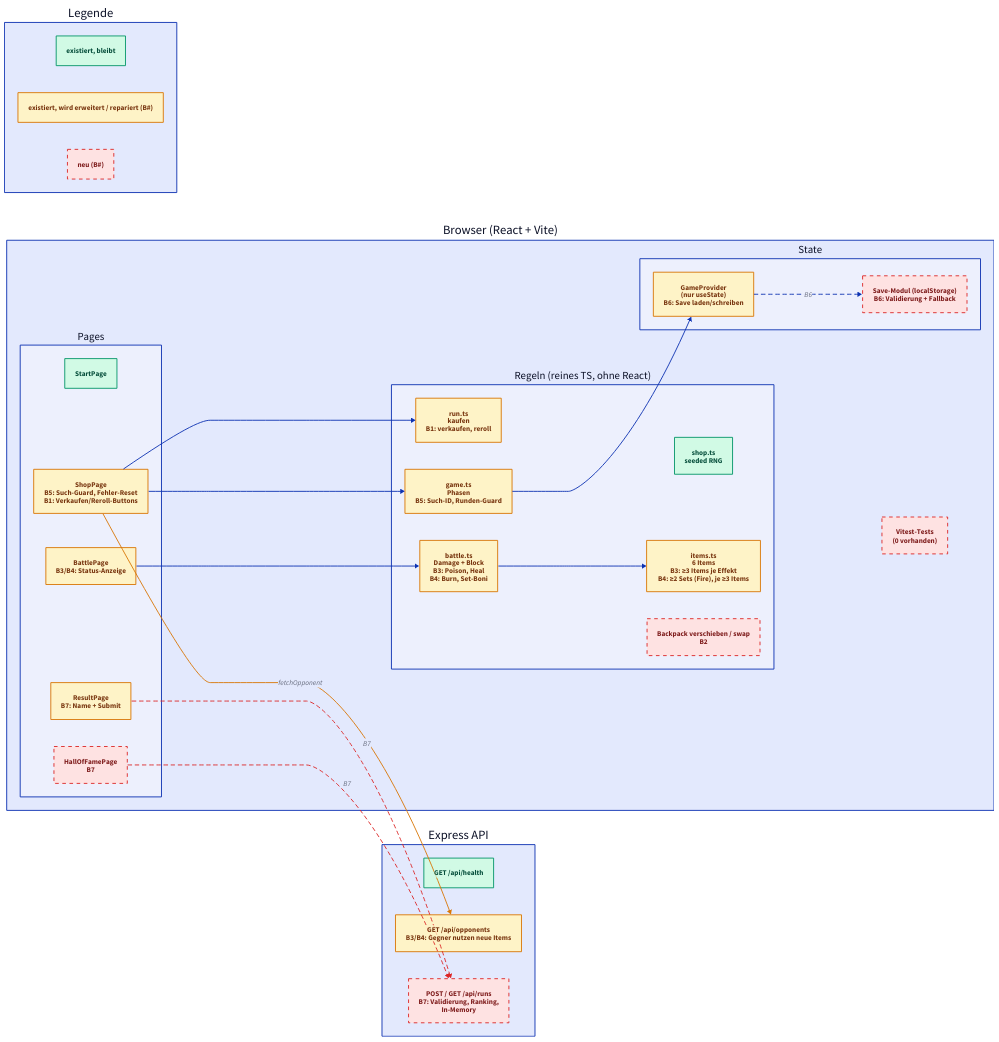
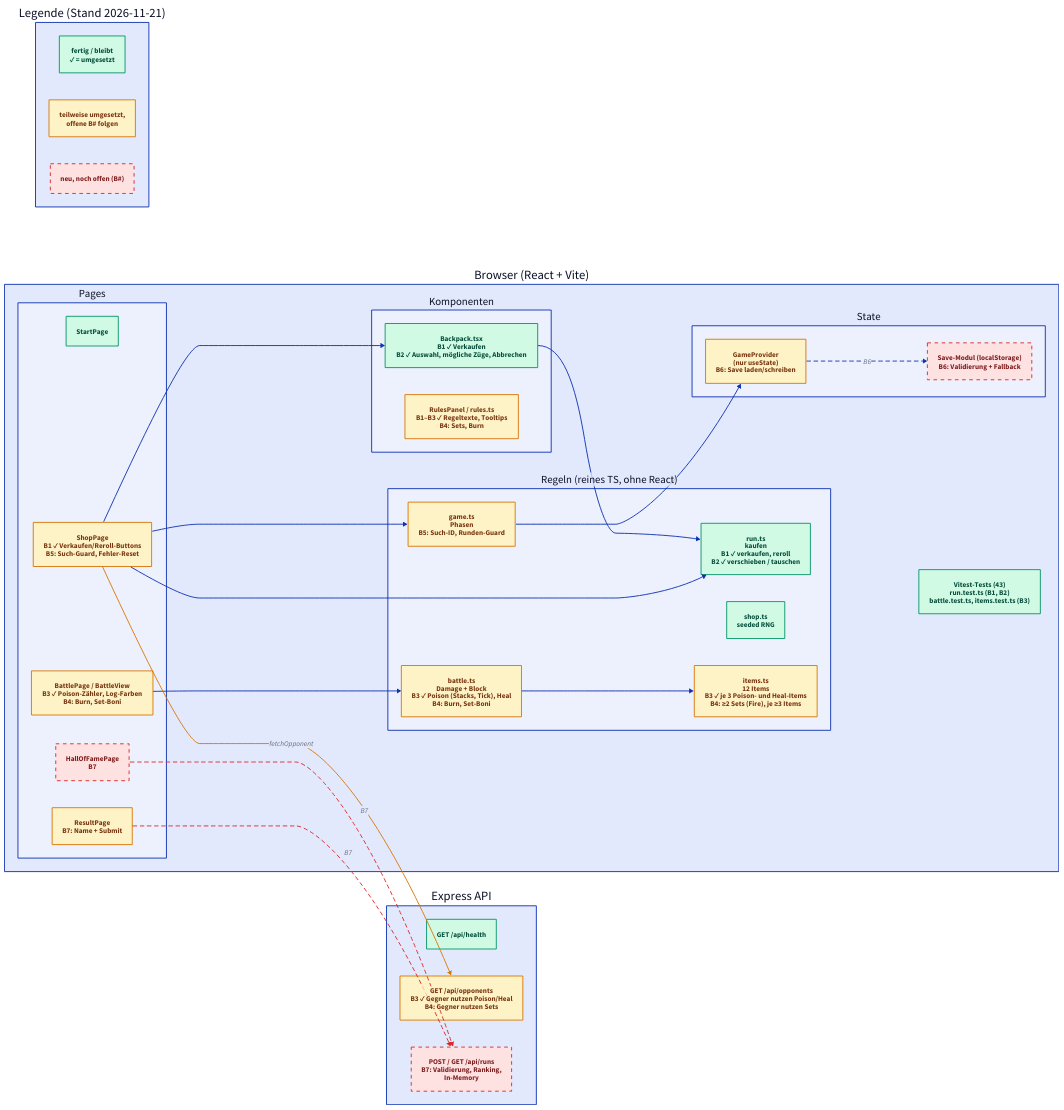
Before and after one commit to Roman0-5/backpack-brawl-MaRo: the diagram in docs/diagrams/status.d2, drawn with D2. The commit also changed 3 other files, not shown here.

Commit message:
docs: Diagramme auf Stand nach B3 aktualisiert

```diff
--- a/docs/diagrams/status.d2
+++ b/docs/diagrams/status.d2
@@ -1,52 +1,57 @@
 direction: right
 
 classes: {
   done: { style: { fill: "#d1fae5"; stroke: "#059669"; font-color: "#064e3b" } }
   part: { style: { fill: "#fef3c7"; stroke: "#d97706"; font-color: "#78350f" } }
   todo: { style: { fill: "#fee2e2"; stroke: "#dc2626"; font-color: "#7f1d1d"; stroke-dash: 4 } }
 }
 
-legend: Legende {
-  d: "existiert, bleibt" { class: done }
-  p: "existiert, wird erweitert / repariert (B#)" { class: part }
-  t: "neu (B#)" { class: todo }
+legend: "Legende (Stand 2026-11-21)" {
+  d: "fertig / bleibt\n✓ = umgesetzt" { class: done }
+  p: "teilweise umgesetzt,\noffene B# folgen" { class: part }
+  t: "neu, noch offen (B#)" { class: todo }
 }
 
 browser: Browser (React + Vite) {
   pages: Pages {
     start: StartPage { class: done }
-    shop: "ShopPage\nB5: Such-Guard, Fehler-Reset\nB1: Verkaufen/Reroll-Buttons" { class: part }
-    battle: "BattlePage\nB3/B4: Status-Anzeige" { class: part }
+    shop: "ShopPage\nB1 ✓ Verkaufen/Reroll-Buttons\nB5: Such-Guard, Fehler-Reset" { class: part }
+    battle: "BattlePage / BattleView\nB3 ✓ Poison-Zähler, Log-Farben\nB4: Burn, Set-Boni" { class: part }
     result: "ResultPage\nB7: Name + Submit" { class: part }
     hof: "HallOfFamePage\nB7" { class: todo }
+  }
+  components: Komponenten {
+    backpack: "Backpack.tsx\nB1 ✓ Verkaufen\nB2 ✓ Auswahl, mögliche Züge, Abbrechen" { class: done }
+    rulespanel: "RulesPanel / rules.ts\nB1–B3 ✓ Regeltexte, Tooltips\nB4: Sets, Burn" { class: part }
   }
   state: State {
     provider: "GameProvider\n(nur useState)\nB6: Save laden/schreiben" { class: part }
     save: "Save-Modul (localStorage)\nB6: Validierung + Fallback" { class: todo }
   }
   rules: Regeln (reines TS, ohne React) {
-    run: "run.ts\nkaufen\nB1: verkaufen, reroll" { class: part }
+    run: "run.ts\nkaufen\nB1 ✓ verkaufen, reroll\nB2 ✓ verschieben / tauschen" { class: done }
     shopts: "shop.ts\nseeded RNG" { class: done }
     game: "game.ts\nPhasen\nB5: Such-ID, Runden-Guard" { class: part }
-    battle: "battle.ts\nDamage + Block\nB3: Poison, Heal\nB4: Burn, Set-Boni" { class: part }
-    items: "items.ts\n6 Items\nB3: ≥3 Items je Effekt\nB4: ≥2 Sets (Fire), je ≥3 Items" { class: part }
-    arrange: "Backpack verschieben / swap\nB2" { class: todo }
+    battle: "battle.ts\nDamage + Block\nB3 ✓ Poison (Stacks, Tick), Heal\nB4: Burn, Set-Boni" { class: part }
+    items: "items.ts\n12 Items\nB3 ✓ je 3 Poison- und Heal-Items\nB4: ≥2 Sets (Fire), je ≥3 Items" { class: part }
   }
-  tests: "Vitest-Tests\n(0 vorhanden)" { class: todo }
+  tests: "Vitest-Tests (43)\nrun.test.ts (B1, B2)\nbattle.test.ts, items.test.ts (B3)" { class: done }
 }
 
 server: Express API {
   health: "GET /api/health" { class: done }
-  opp: "GET /api/opponents\nB3/B4: Gegner nutzen neue Items" { class: part }
+  opp: "GET /api/opponents\nB3 ✓ Gegner nutzen Poison/Heal\nB4: Gegner nutzen Sets" { class: part }
   runs: "POST / GET /api/runs\nB7: Validierung, Ranking,\nIn-Memory" { class: todo }
 }
 
 browser.pages.shop -> browser.rules.run
+browser.pages.shop -> browser.components.backpack
+browser.components.backpack -> browser.rules.run
 browser.pages.shop -> browser.rules.game
 browser.pages.battle -> browser.rules.battle
 browser.rules.battle -> browser.rules.items
 browser.rules.game -> browser.state.provider
 browser.state.provider -> browser.state.save: B6 { style.stroke-dash: 4 }
 browser.pages.shop -> server.opp: fetchOpponent { style.stroke: "#d97706" }
 browser.pages.result -> server.runs: B7 { style.stroke-dash: 4; style.stroke: "#dc2626" }
 browser.pages.hof -> server.runs: B7 { style.stroke-dash: 4; style.stroke: "#dc2626" }
```
